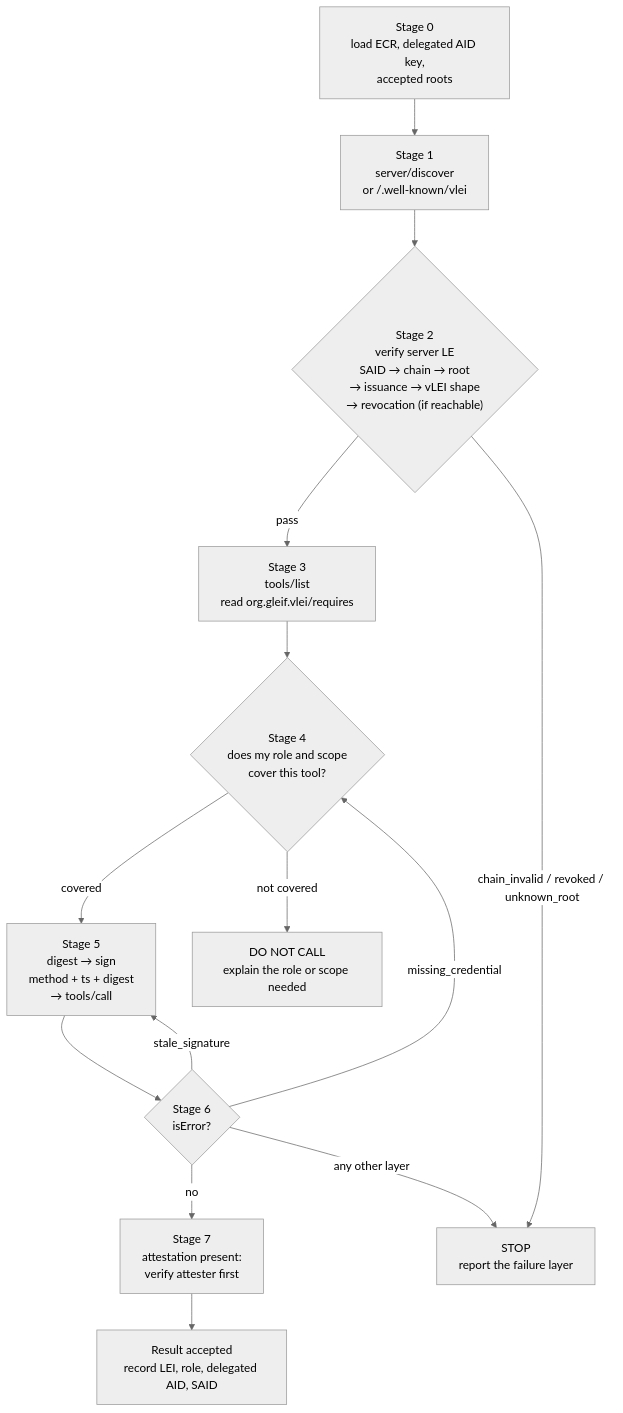
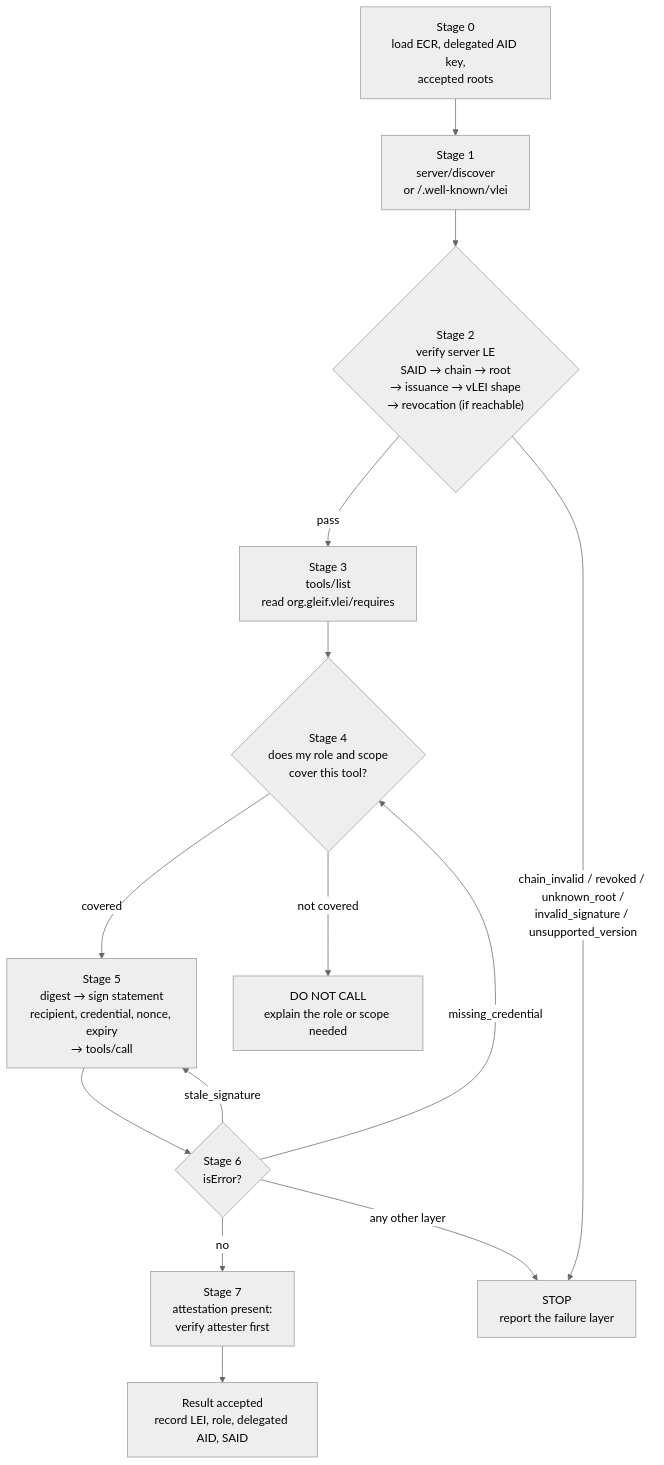
One commit to zuemen/mcp-vlei changed the diagram in skills/vlei-identity/workflow.md. Above: the diagram before and after it, drawn with Mermaid (neutral theme). The commit also changed other lines of this file and 108 other files, not shown here.

````diff
--- a/skills/vlei-identity/workflow.md
+++ b/skills/vlei-identity/workflow.md
@@ -203,26 +205,26 @@
 ```mermaid
 flowchart TD
     S0["Stage 0<br/>load ECR, delegated AID key,<br/>accepted roots"]
     S1["Stage 1<br/>server/discover<br/>or /.well-known/vlei"]
     S2{"Stage 2<br/>verify server LE<br/>SAID → chain → root<br/>→ issuance → vLEI shape<br/>→ revocation (if reachable)"}
     S3["Stage 3<br/>tools/list<br/>read org.gleif.vlei/requires"]
     S4{"Stage 4<br/>does my role and scope<br/>cover this tool?"}
-    S5["Stage 5<br/>digest → sign<br/>method + ts + digest<br/>→ tools/call"]
+    S5["Stage 5<br/>digest → sign statement<br/>recipient, credential, nonce, expiry<br/>→ tools/call"]
     S6{"Stage 6<br/>isError?"}
     S7["Stage 7<br/>attestation present:<br/>verify attester first"]
     STOP["STOP<br/>report the failure layer"]
     EXPLAIN["DO NOT CALL<br/>explain the role or scope needed"]
     DONE["Result accepted<br/>record LEI, role, delegated AID, SAID"]
 
     S0 --> S1 --> S2
     S2 -->|"pass"| S3
-    S2 -->|"chain_invalid / revoked / unknown_root"| STOP
+    S2 -->|"chain_invalid / revoked / unknown_root /<br/>invalid_signature / unsupported_version"| STOP
     S3 --> S4
     S4 -->|"covered"| S5
     S4 -->|"not covered"| EXPLAIN
     S5 --> S6
     S6 -->|"no"| S7 --> DONE
     S6 -->|"stale_signature"| S5
     S6 -->|"missing_credential"| S4
     S6 -->|"any other layer"| STOP
 ```
````
